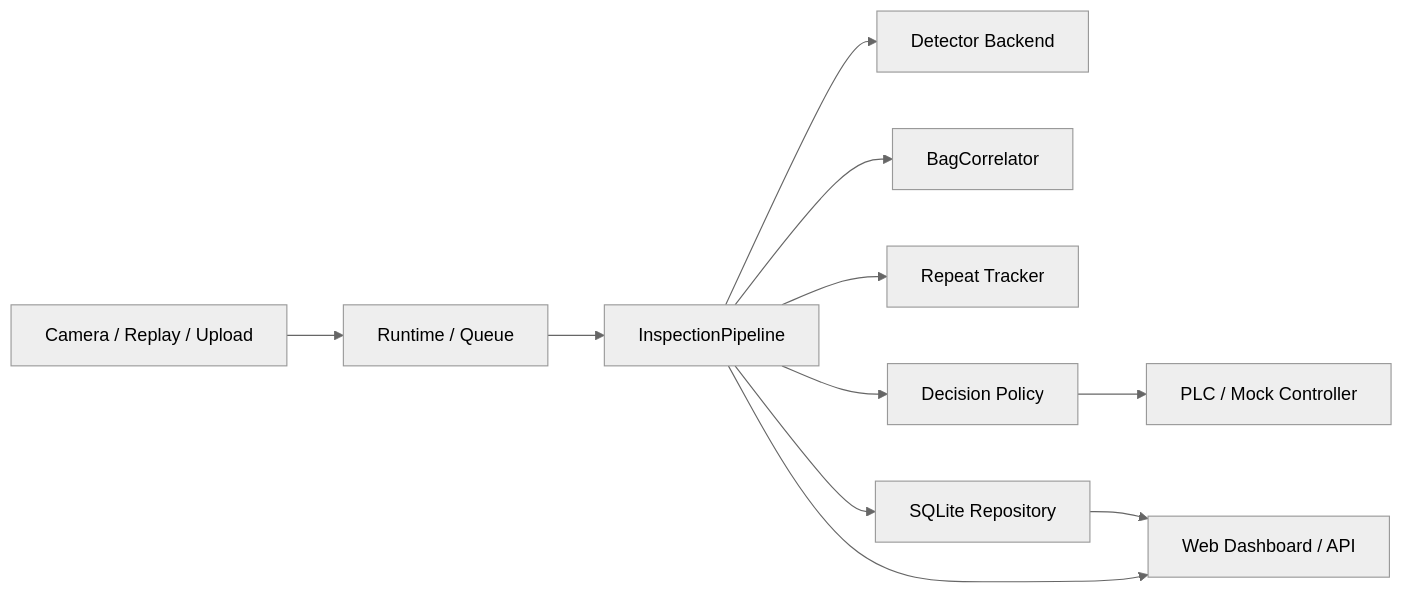
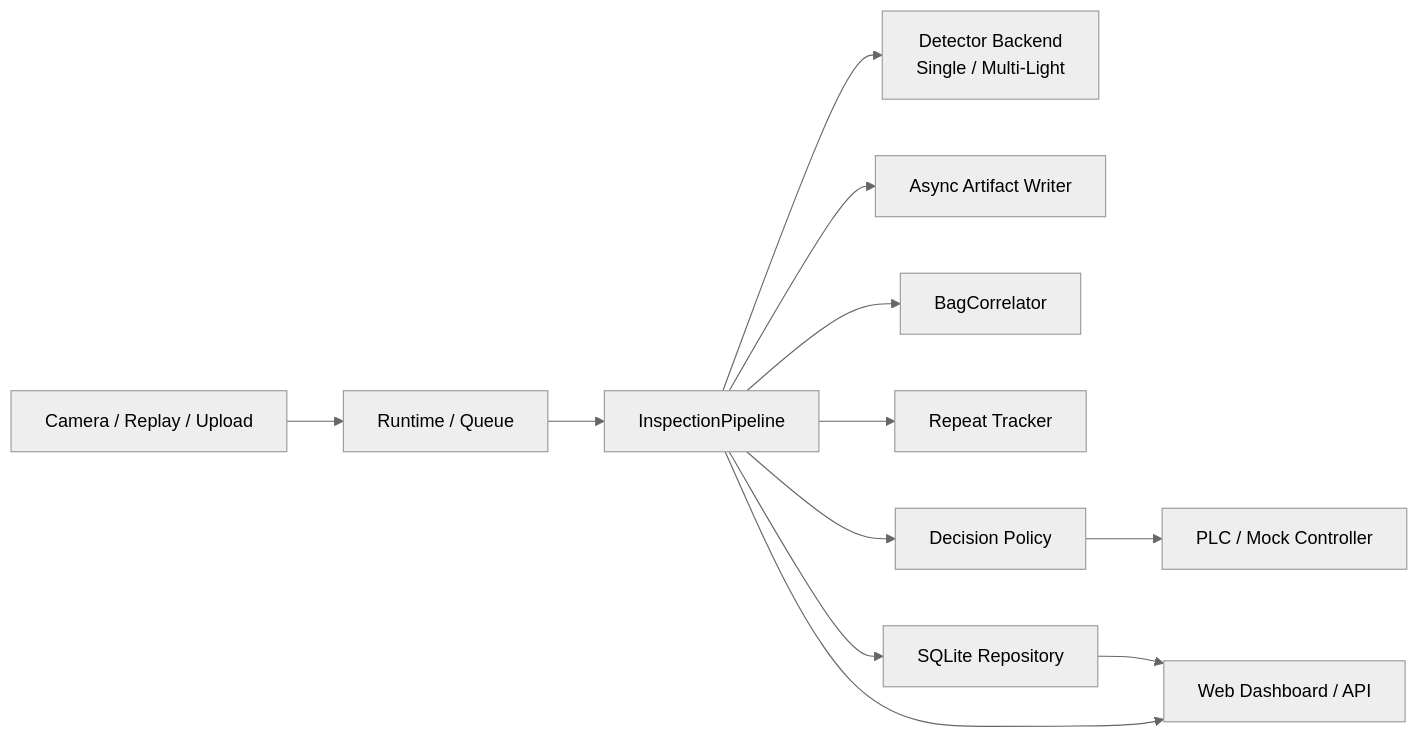
One commit to MzKyle/Defect-detection-of-water-sampling-bags changed the diagram in README.md. Above: the diagram before and after it, drawn with Mermaid (neutral theme). The commit also changed other lines of this file and 43 other files, not shown here.

````diff
--- a/README.md
+++ b/README.md
@@ -45,13 +47,14 @@
 ```mermaid
 graph LR
     CAM["Camera / Replay / Upload"] --> RT["Runtime / Queue"]
     RT --> PIPE["InspectionPipeline"]
-    PIPE --> DET["Detector Backend"]
+    PIPE --> DET["Detector Backend<br/>Single / Multi-Light"]
+    PIPE --> ART["Async Artifact Writer"]
     PIPE --> COR["BagCorrelator"]
     PIPE --> REP["Repeat Tracker"]
     PIPE --> POL["Decision Policy"]
     POL --> PLC["PLC / Mock Controller"]
     PIPE --> DB["SQLite Repository"]
     DB --> WEB["Web Dashboard / API"]
     PIPE --> WEB
 ```
````
